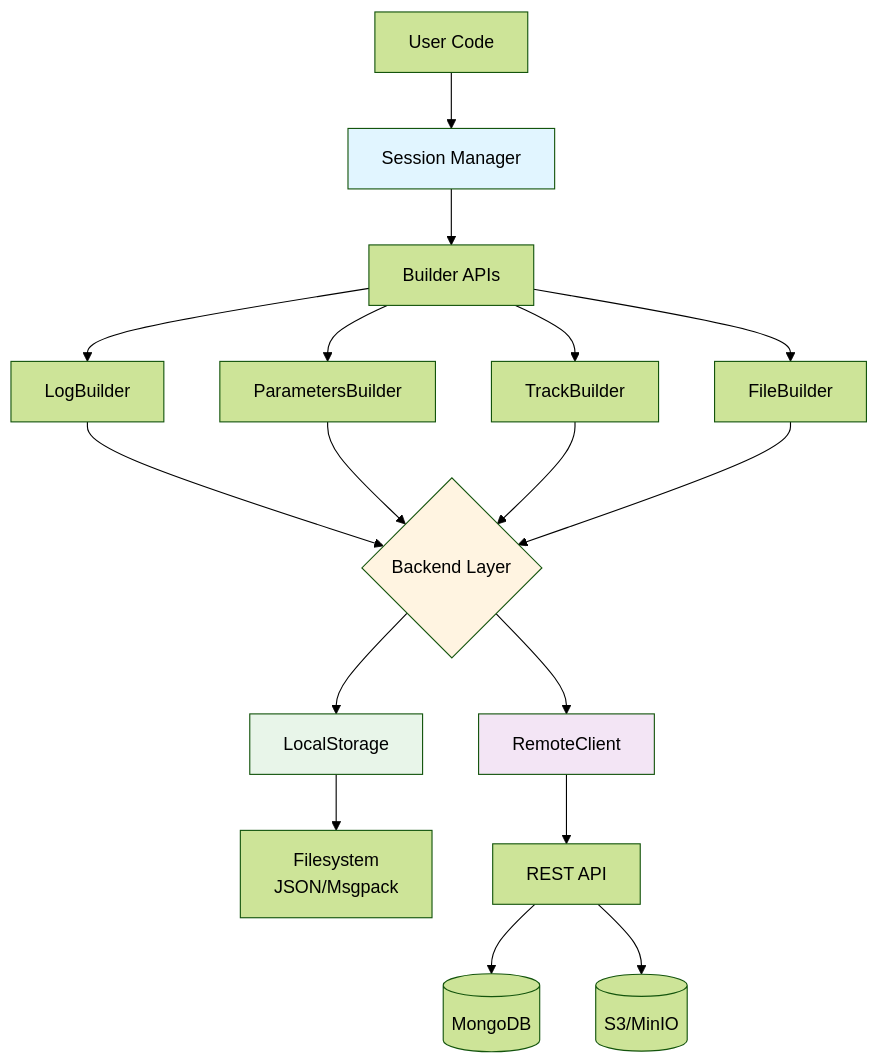
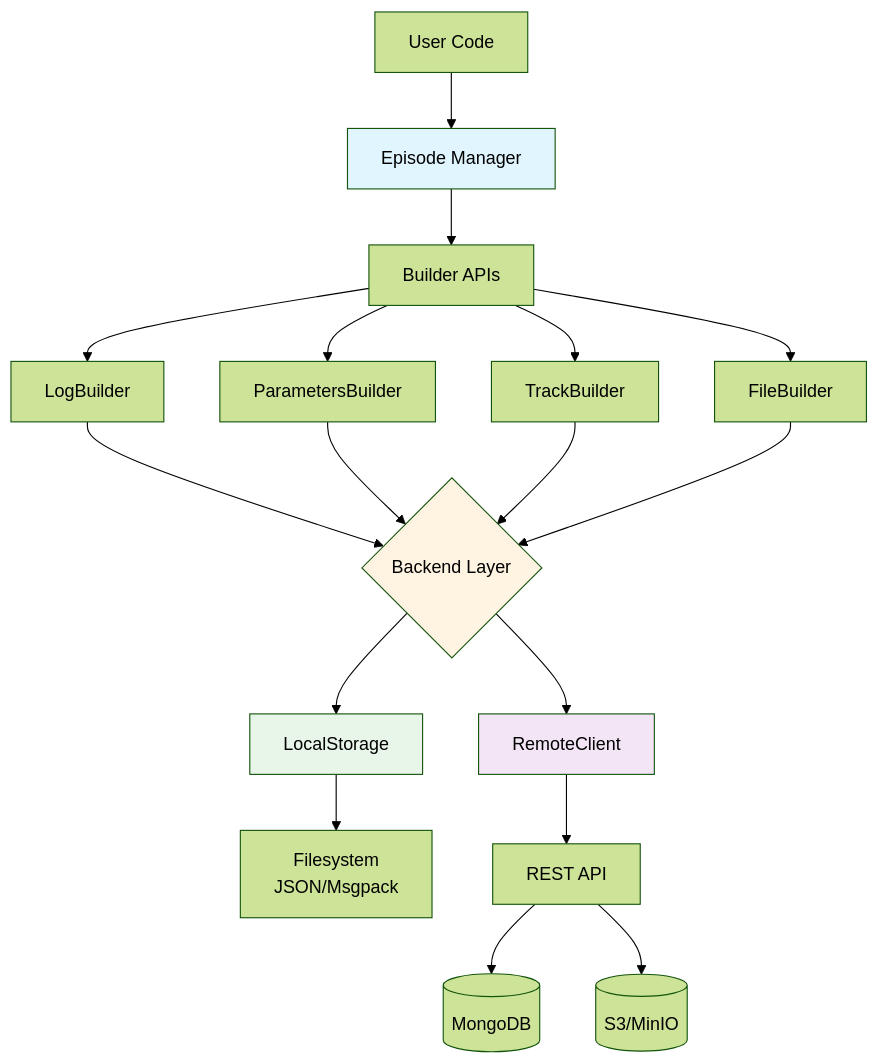
One commit to fortyfive-labs/dreamlake changed the first of 3 diagrams in docs/architecture.md. Above: the diagram before and after it, drawn with Mermaid (forest theme). The commit also changed other lines of this file and 56 other files, not shown here.

Commit message:
chore: session→episode rename across SDK, docs, and tests

````diff
--- a/docs/architecture.md
+++ b/docs/architecture.md
@@ -11,28 +11,28 @@
 ```{mermaid}
 flowchart TB
-    User[User Code] --> Session[Session Manager]
-    Session --> Builder[Builder APIs]
+    User[User Code] --> Episode[Episode Manager]
+    Episode --> Builder[Builder APIs]
     Builder --> Log[LogBuilder]
     Builder --> Params[ParametersBuilder]
     Builder --> Track[TrackBuilder]
     Builder --> Files[FileBuilder]
 
     Log --> Backend{Backend Layer}
     Params --> Backend
     Track --> Backend
     Files --> Backend
 
     Backend --> Local[LocalStorage]
     Backend --> Remote[RemoteClient]
 
     Local --> FS[Filesystem<br/>JSON/Msgpack]
     Remote --> API[REST API]
 
     API --> MongoDB[(MongoDB)]
     API --> S3[(S3/MinIO)]
 
-    style Session fill:#e1f5ff
+    style Episode fill:#e1f5ff
     style Backend fill:#fff4e1
     style Local fill:#e8f5e9
     style Remote fill:#f3e5f5
 ```
````
